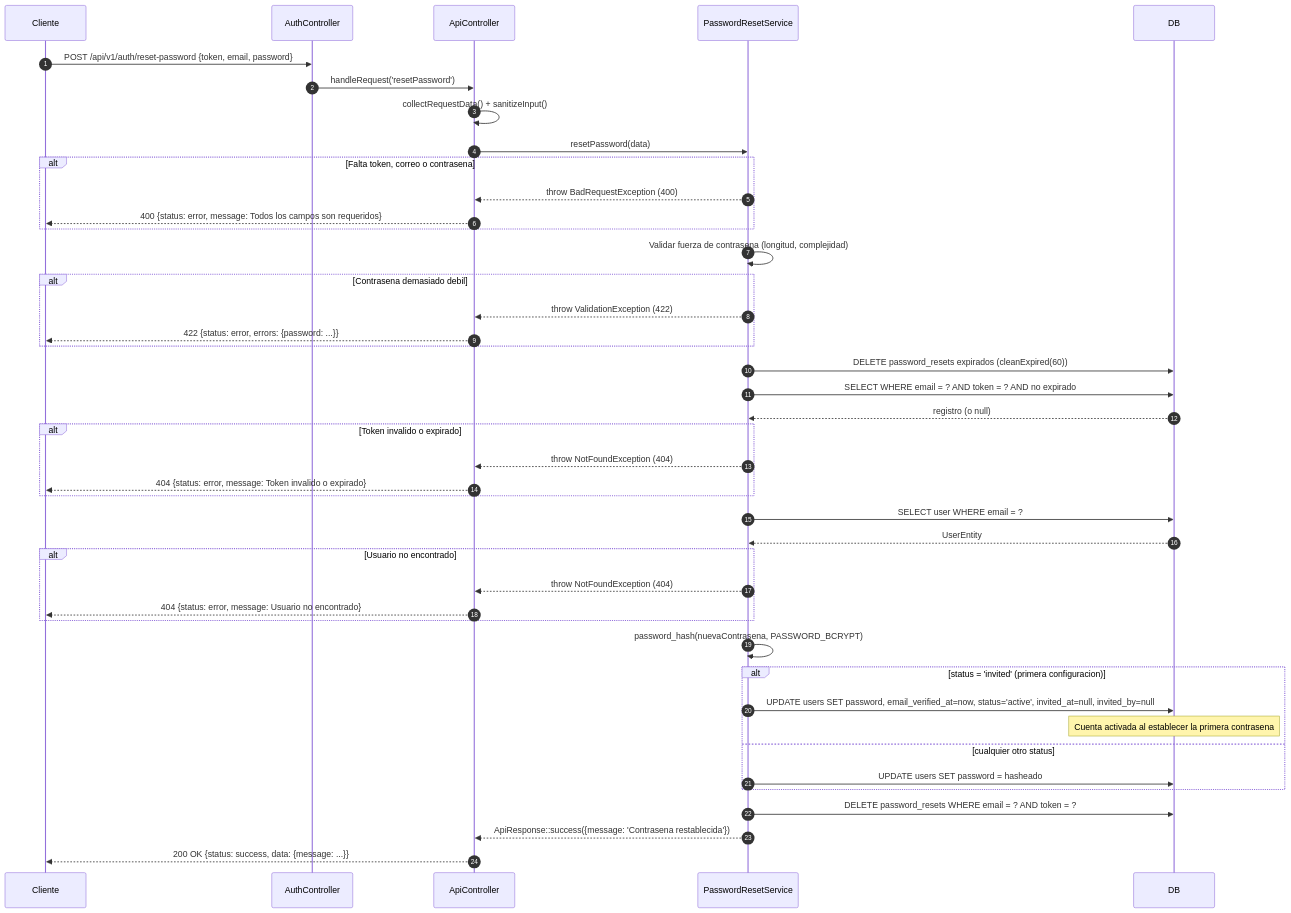
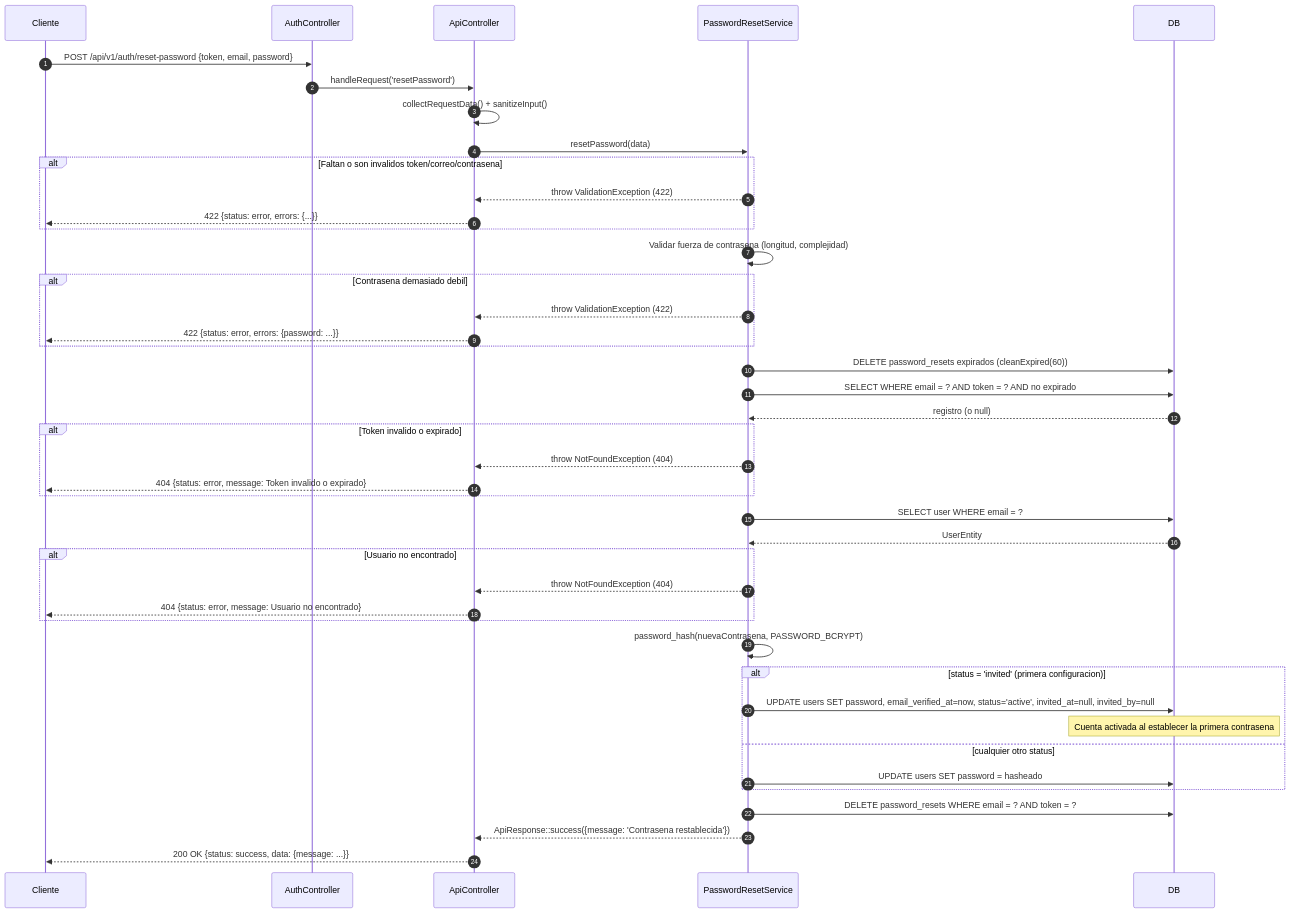
One commit to dcardenasl/ci4-api-starter changed the third of 3 diagrams in docs/flows/PASSWORD-RESET-FLOW.es.md. Above: the diagram before and after it, drawn with Mermaid. The commit also changed other lines of this file and 7 other files, not shown here.

````diff
--- a/docs/flows/PASSWORD-RESET-FLOW.es.md
+++ b/docs/flows/PASSWORD-RESET-FLOW.es.md
@@ -150,57 +150,57 @@
 ```mermaid
 sequenceDiagram
     autonumber
     participant Cliente
     participant Controller as AuthController
     participant ApiCtrl as ApiController
     participant PwdSvc as PasswordResetService
     participant DB
 
     Cliente->>Controller: POST /api/v1/auth/reset-password {token, email, password}
     Controller->>ApiCtrl: handleRequest('resetPassword')
     ApiCtrl->>ApiCtrl: collectRequestData() + sanitizeInput()
     ApiCtrl->>PwdSvc: resetPassword(data)
 
-    alt Falta token, correo o contrasena
-        PwdSvc-->>ApiCtrl: throw BadRequestException (400)
-        ApiCtrl-->>Cliente: 400 {status: error, message: Todos los campos son requeridos}
+    alt Faltan o son invalidos token/correo/contrasena
+        PwdSvc-->>ApiCtrl: throw ValidationException (422)
+        ApiCtrl-->>Cliente: 422 {status: error, errors: {...}}
     end
 
     PwdSvc->>PwdSvc: Validar fuerza de contrasena (longitud, complejidad)
 
     alt Contrasena demasiado debil
         PwdSvc-->>ApiCtrl: throw ValidationException (422)
         ApiCtrl-->>Cliente: 422 {status: error, errors: {password: ...}}
     end
 
     PwdSvc->>DB: DELETE password_resets expirados (cleanExpired(60))
     PwdSvc->>DB: SELECT WHERE email = ? AND token = ? AND no expirado
     DB-->>PwdSvc: registro (o null)
 
     alt Token invalido o expirado
         PwdSvc-->>ApiCtrl: throw NotFoundException (404)
         ApiCtrl-->>Cliente: 404 {status: error, message: Token invalido o expirado}
     end
 
     PwdSvc->>DB: SELECT user WHERE email = ?
     DB-->>PwdSvc: UserEntity
 
     alt Usuario no encontrado
         PwdSvc-->>ApiCtrl: throw NotFoundException (404)
         ApiCtrl-->>Cliente: 404 {status: error, message: Usuario no encontrado}
     end
 
     PwdSvc->>PwdSvc: password_hash(nuevaContrasena, PASSWORD_BCRYPT)
 
     alt status = 'invited' (primera configuracion)
         PwdSvc->>DB: UPDATE users SET password, email_verified_at=now, status='active', invited_at=null, invited_by=null
         Note over DB: Cuenta activada al establecer la primera contrasena
     else cualquier otro status
         PwdSvc->>DB: UPDATE users SET password = hasheado
     end
 
     PwdSvc->>DB: DELETE password_resets WHERE email = ? AND token = ?
 
     PwdSvc-->>ApiCtrl: ApiResponse::success({message: 'Contrasena restablecida'})
     ApiCtrl-->>Cliente: 200 OK {status: success, data: {message: ...}}
 ```
````
